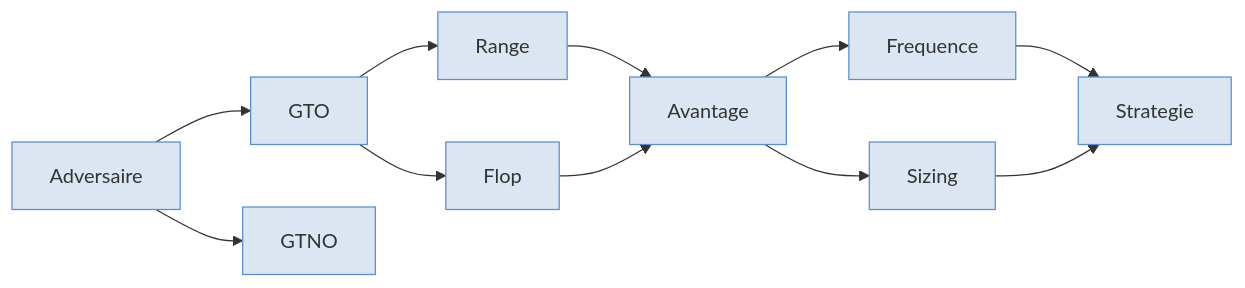
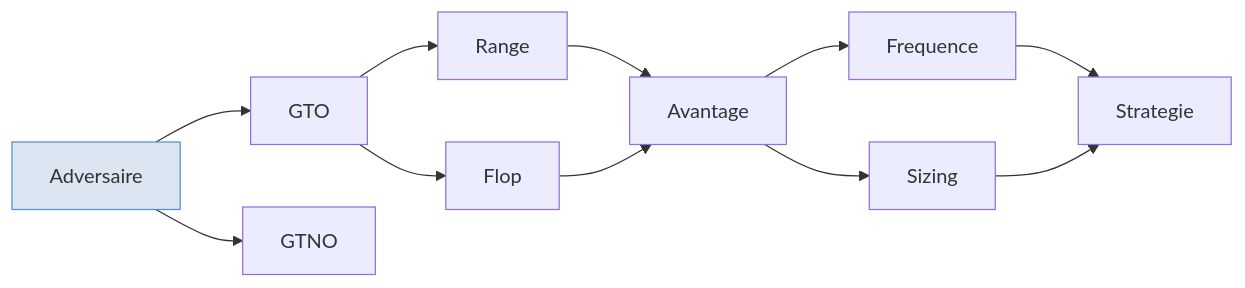
Before and after one commit to greglejeune/blog: the first of 2 diagrams in _posts/2020-01-01-test.md, drawn with Mermaid.

```diff
--- a/_posts/2020-01-01-test.md
+++ b/_posts/2020-01-01-test.md
@@ -16,14 +16,14 @@
     <div class="mermaid">
         graph LR
             Adversaire --> GTO
             Adversaire --> GTNO
             GTO --> Range
             GTO --> Flop
             Range --> Avantage
             Flop --> Avantage
             Avantage --> Frequence
             Avantage --> Sizing
             Frequence --> Strategie
             Sizing --> Strategie
-            classDef default fill:#dce6f2, stroke:#558ed5, text:#558ed5
+            style Adversaire fill:#dce6f2,stroke:#558ed5,stroke-width:1px
     </div>
```
